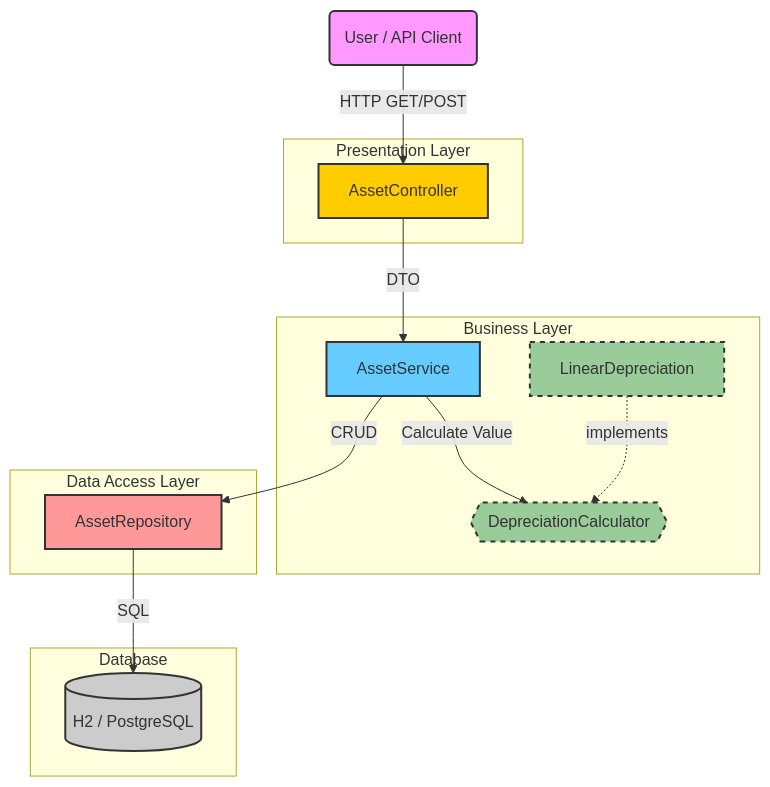
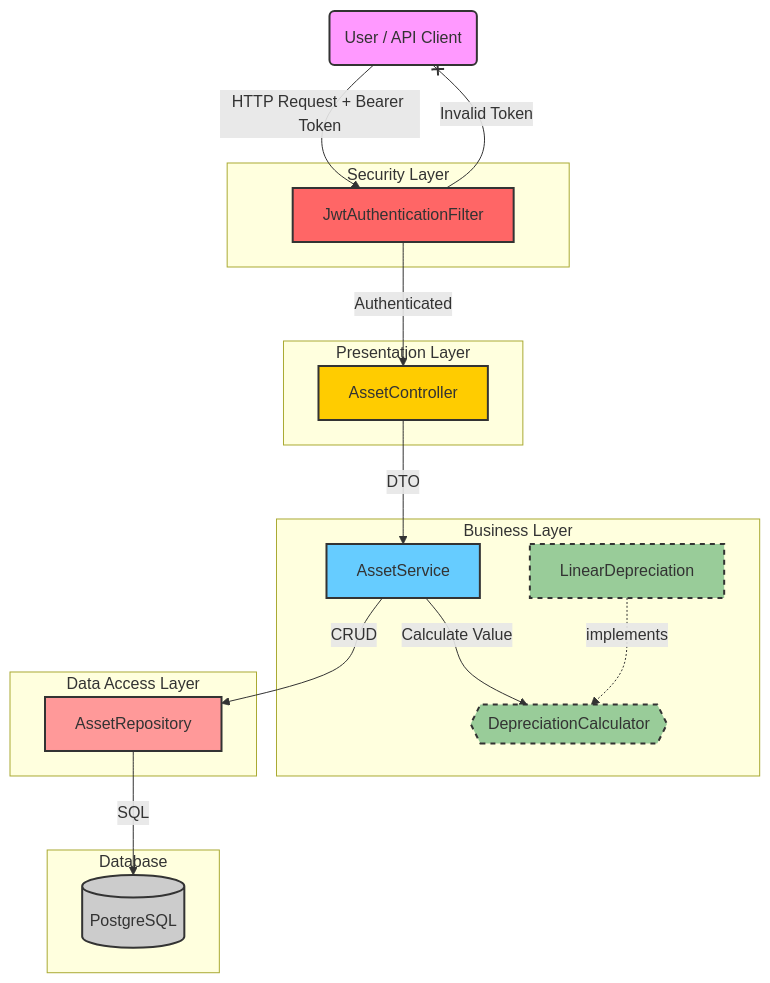
The diagram in README.md (Jiachenghao6/enterprise-asset-manager), drawn with Mermaid before and after one commit. The commit also changed other lines of this file, not shown here.

````diff
--- a/README.md
+++ b/README.md
@@ -32,42 +36,47 @@
 ```mermaid
 graph TD
     %% Styling
     classDef client fill:#f9f,stroke:#333,stroke-width:2px;
+    classDef security fill:#ff6666,stroke:#333,stroke-width:2px;
     classDef controller fill:#ffcc00,stroke:#333,stroke-width:2px;
     classDef service fill:#66ccff,stroke:#333,stroke-width:2px;
     classDef strategy fill:#99cc99,stroke:#333,stroke-width:2px,stroke-dasharray: 5 5;
     classDef repo fill:#ff9999,stroke:#333,stroke-width:2px;
     classDef db fill:#cccccc,stroke:#333,stroke-width:2px;
 
     Client(User / API Client):::client
     
+    subgraph Security Layer
+        AuthFilter[JwtAuthenticationFilter]:::security
+    end
+
     subgraph Presentation Layer
         Controller[AssetController]:::controller
     end
 
     subgraph Business Layer
         Service[AssetService]:::service
         CalcInterface{{DepreciationCalculator}}:::strategy
         LinearStrat[LinearDepreciation]:::strategy
     end
 
     subgraph Data Access Layer
         Repo[AssetRepository]:::repo
     end
 
     subgraph Database
-        DB[(H2 / PostgreSQL)]:::db
+        DB[(PostgreSQL)]:::db
     end
 
     %% Flows
-    Client -->|HTTP GET/POST| Controller
+    Client -->|HTTP Request + Bearer Token| AuthFilter
+    AuthFilter -->|Authenticated| Controller
+    AuthFilter --x|Invalid Token| Client
+    
     Controller -->|DTO| Service
-    
     Service -->|Calculate Value| CalcInterface
-    %% Strategy Pattern Implementation Relationship
     LinearStrat -.->|implements| CalcInterface
-    
     Service -->|CRUD| Repo
     Repo -->|SQL| DB
 
 ```
````
